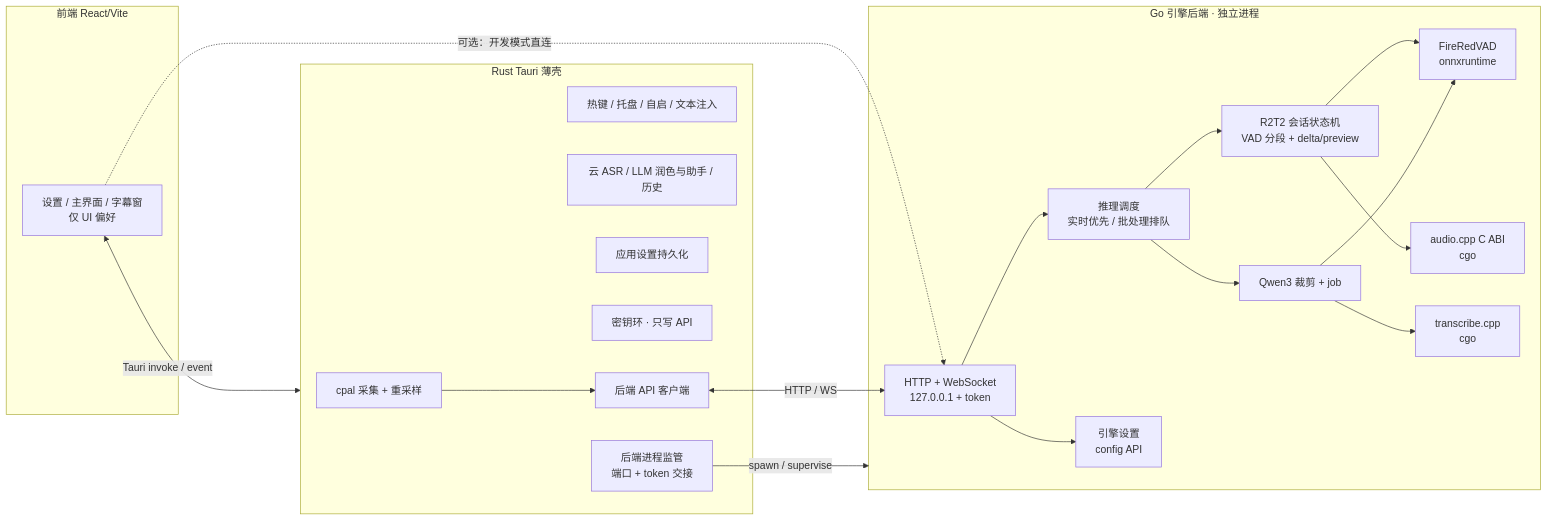
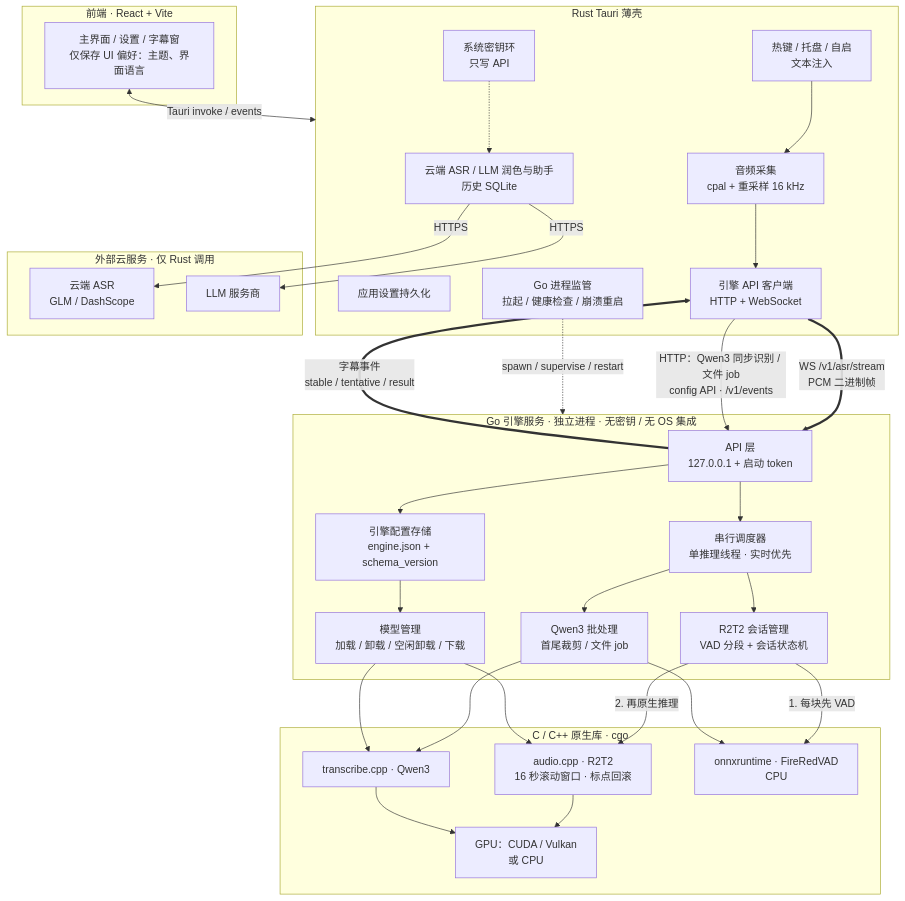
One commit to SenkjM/light-whisper changed the first of 2 diagrams in docs/command-cube/PLAN.md. Above: the diagram before and after it, drawn with Mermaid. The commit also changed other lines of this file, not shown here.

Commit message:
docs(command-cube): keep serial scheduling and add architecture diagrams
Record the decision to keep per-session VAD-then-inference serial on a
single inference thread with realtime-priority queueing, note parallel
ideas as deferred, and add GitHub-renderable mermaid flowchart and
realtime dictation sequence diagrams.

````diff
--- a/docs/command-cube/PLAN.md
+++ b/docs/command-cube/PLAN.md
@@ -78,38 +81,62 @@
 ```mermaid
-flowchart LR
-  subgraph fe [前端 React/Vite]
-    UI[设置 / 主界面 / 字幕窗<br/>仅 UI 偏好]
+flowchart TB
+  subgraph FE["前端 · React + Vite"]
+    UI["主界面 / 设置 / 字幕窗<br/>仅保存 UI 偏好：主题、界面语言"]
   end
 
-  subgraph shell [Rust Tauri 薄壳]
-    Cap[cpal 采集 + 重采样]
-    Sys[热键 / 托盘 / 自启 / 文本注入]
-    App[云 ASR / LLM 润色与助手 / 历史]
-    Cfg[应用设置持久化]
-    Key[密钥环 · 只写 API]
-    Sup[后端进程监管<br/>端口 + token 交接]
-    Cli[后端 API 客户端]
+  subgraph SH["Rust Tauri 薄壳"]
+    CAP["音频采集<br/>cpal + 重采样 16 kHz"]
+    SYS["热键 / 托盘 / 自启<br/>文本注入"]
+    APP["云端 ASR / LLM 润色与助手<br/>历史 SQLite"]
+    SET["应用设置持久化"]
+    KEY["系统密钥环<br/>只写 API"]
+    SUP["Go 进程监管<br/>拉起 / 健康检查 / 崩溃重启"]
+    CLI["引擎 API 客户端<br/>HTTP + WebSocket"]
   end
 
-  subgraph be [Go 引擎后端 · 独立进程]
-    API[HTTP + WebSocket<br/>127.0.0.1 + token]
-    Sched[推理调度<br/>实时优先 / 批处理排队]
-    Sess[R2T2 会话状态机<br/>VAD 分段 + delta/preview]
-    Batch[Qwen3 裁剪 + job]
-    VAD[FireRedVAD<br/>onnxruntime]
-    R2[audio.cpp C ABI<br/>cgo]
-    QW[transcribe.cpp<br/>cgo]
-    ECfg[引擎设置<br/>config API]
+  subgraph CLOUD["外部云服务 · 仅 Rust 调用"]
+    CASR["云端 ASR<br/>GLM / DashScope"]
+    LLM["LLM 服务商"]
   end
 
-  UI <-->|Tauri invoke / event| shell
-  UI -.->|可选：开发模式直连| API
-  Cli <-->|HTTP / WS| API
-  Sup -->|spawn / supervise| be
-  Cap --> Cli
-  API --> Sched --> Sess --> R2
-  Sched --> Batch --> QW
-  Sess --> VAD
-  Batch --> VAD
-  API --> ECfg
+  subgraph GO["Go 引擎服务 · 独立进程 · 无密钥 / 无 OS 集成"]
+    API["API 层<br/>127.0.0.1 + 启动 token"]
+    SCHED["串行调度器<br/>单推理线程 · 实时优先"]
+    SESS["R2T2 会话管理<br/>VAD 分段 + 会话状态机"]
+    BATCH["Qwen3 批处理<br/>首尾裁剪 / 文件 job"]
+    CFG["引擎配置存储<br/>engine.json + schema_version"]
+    MM["模型管理<br/>加载 / 卸载 / 空闲卸载 / 下载"]
+  end
+
+  subgraph NATIVE["C / C++ 原生库 · cgo"]
+    R2["audio.cpp · R2T2<br/>16 秒滚动窗口 · 标点回滚"]
+    QW["transcribe.cpp · Qwen3"]
+    VAD["onnxruntime · FireRedVAD<br/>CPU"]
+    HW["GPU：CUDA / Vulkan<br/>或 CPU"]
+  end
+
+  UI <-->|"Tauri invoke / events"| SH
+  CAP --> CLI
+  SYS --> CAP
+  KEY -.-> APP
+  APP -->|"HTTPS"| CASR
+  APP -->|"HTTPS"| LLM
+  SUP -.->|"spawn / supervise / restart"| GO
+  CLI ==>|"WS /v1/asr/stream<br/>PCM 二进制帧"| API
+  API ==>|"字幕事件<br/>stable / tentative / result"| CLI
+  CLI -->|"HTTP：Qwen3 同步识别 / 文件 job<br/>config API · /v1/events"| API
+
+  API --> SCHED
+  API --> CFG
+  CFG --> MM
+  SCHED --> SESS
+  SCHED --> BATCH
+  SESS -->|"1. 每块先 VAD"| VAD
+  SESS -->|"2. 再原生推理"| R2
+  BATCH --> VAD
+  BATCH --> QW
+  MM --> R2
+  MM --> QW
+  R2 --> HW
+  QW --> HW
 ```
````
